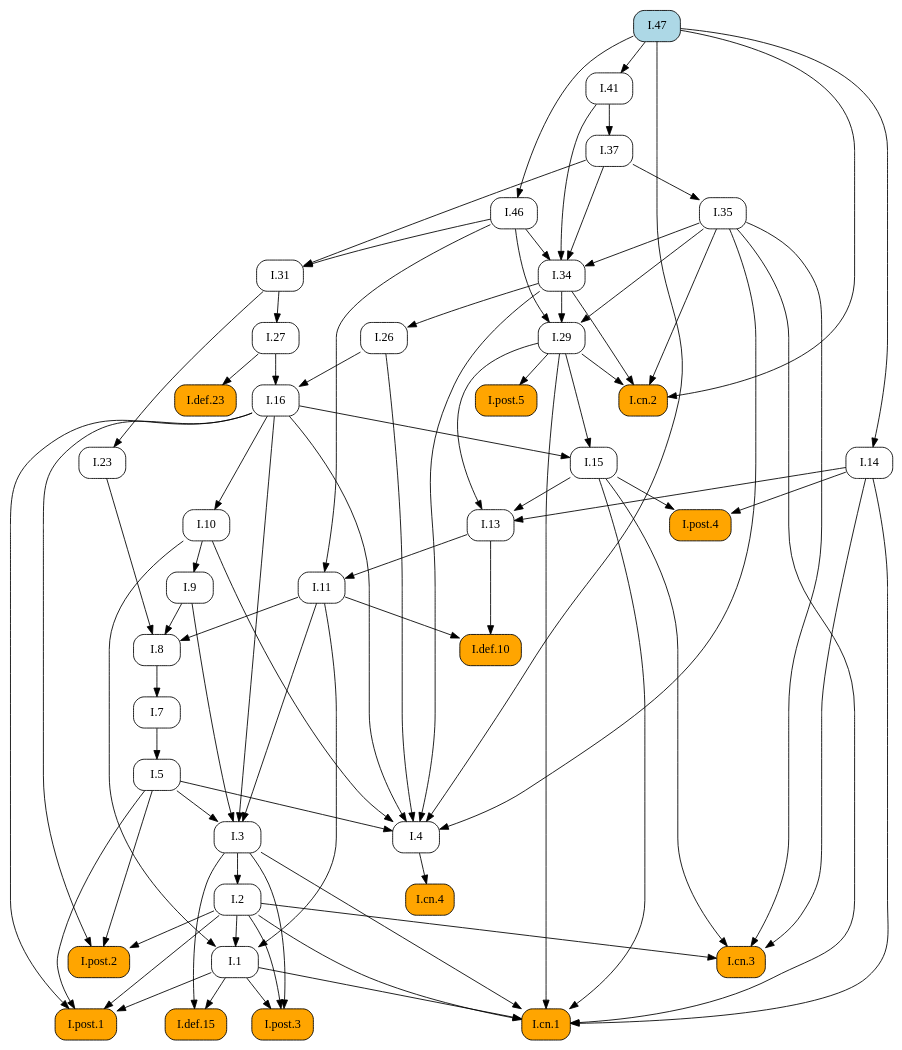
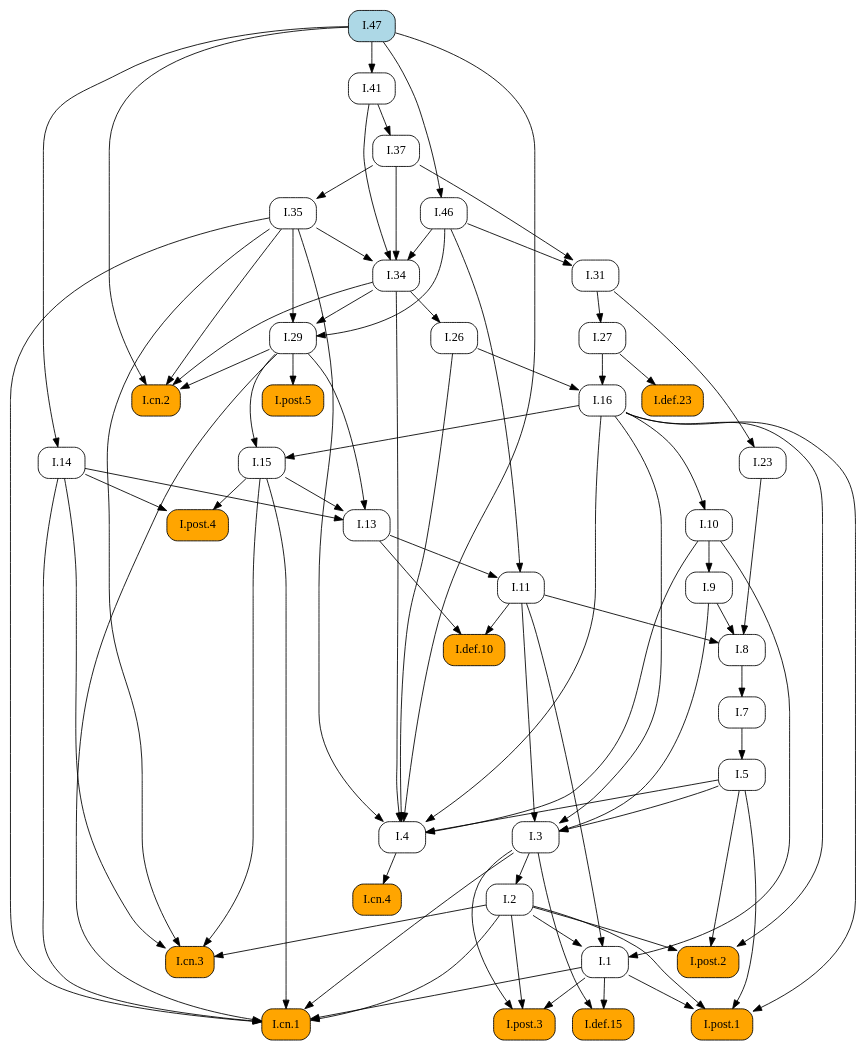
The diagram in docsrc/heath/I/47/index.rst (geometor/elements), drawn with Graphviz before and after one commit. The commit also changed other lines of this file and 484 other files, not shown here.

```diff
--- a/docsrc/heath/I/47/index.rst
+++ b/docsrc/heath/I/47/index.rst
@@ -104,87 +104,60 @@
    digraph {
      rankdir="TB";
      node [shape=box, style=rounded];
+     "I.23" [URL="/heath/I/23/", target="_top"];
+     "I.9" [URL="/heath/I/9/", target="_top"];
+     "I.def.15" [style="rounded,filled", fillcolor=orange, URL="/heath/I/def.15/", target="_top"];
+     "I.47" [style="rounded,filled", fillcolor=lightblue, URL="/heath/I/47/", target="_top"];
+     "I.post.3" [style="rounded,filled", fillcolor=orange, URL="/heath/I/post.3/", target="_top"];
+     "I.post.1" [style="rounded,filled", fillcolor=orange, URL="/heath/I/post.1/", target="_top"];
+     "I.31" [URL="/heath/I/31/", target="_top"];
      "I.def.10" [style="rounded,filled", fillcolor=orange, URL="/heath/I/def.10/", target="_top"];
-     "I.11" [URL="/heath/I/11/", target="_top"];
-     "I.post.4" [style="rounded,filled", fillcolor=orange, URL="/heath/I/post.4/", target="_top"];
-     "I.1" [URL="/heath/I/1/", target="_top"];
-     "I.26" [URL="/heath/I/26/", target="_top"];
-     "I.29" [URL="/heath/I/29/", target="_top"];
-     "I.cn.2" [style="rounded,filled", fillcolor=orange, URL="/heath/I/cn.2/", target="_top"];
-     "I.47" [style="rounded,filled", fillcolor=lightblue, URL="/heath/I/47/", target="_top"];
-     "I.def.15" [style="rounded,filled", fillcolor=orange, URL="/heath/I/def.15/", target="_top"];
-     "I.post.3" [style="rounded,filled", fillcolor=orange, URL="/heath/I/post.3/", target="_top"];
-     "I.cn.1" [style="rounded,filled", fillcolor=orange, URL="/heath/I/cn.1/", target="_top"];
-     "I.cn.3" [style="rounded,filled", fillcolor=orange, URL="/heath/I/cn.3/", target="_top"];
+     "I.27" [URL="/heath/I/27/", target="_top"];
      "I.14" [URL="/heath/I/14/", target="_top"];
-     "I.23" [URL="/heath/I/23/", target="_top"];
-     "I.post.1" [style="rounded,filled", fillcolor=orange, URL="/heath/I/post.1/", target="_top"];
-     "I.35" [URL="/heath/I/35/", target="_top"];
-     "I.41" [URL="/heath/I/41/", target="_top"];
-     "I.27" [URL="/heath/I/27/", target="_top"];
-     "I.46" [URL="/heath/I/46/", target="_top"];
-     "I.37" [URL="/heath/I/37/", target="_top"];
      "I.34" [URL="/heath/I/34/", target="_top"];
      "I.3" [URL="/heath/I/3/", target="_top"];
+     "I.35" [URL="/heath/I/35/", target="_top"];
+     "I.cn.1" [style="rounded,filled", fillcolor=orange, URL="/heath/I/cn.1/", target="_top"];
      "I.7" [URL="/heath/I/7/", target="_top"];
      "I.2" [URL="/heath/I/2/", target="_top"];
+     "I.13" [URL="/heath/I/13/", target="_top"];
+     "I.post.4" [style="rounded,filled", fillcolor=orange, URL="/heath/I/post.4/", target="_top"];
      "I.4" [URL="/heath/I/4/", target="_top"];
+     "I.1" [URL="/heath/I/1/", target="_top"];
+     "I.5" [URL="/heath/I/5/", target="_top"];
+     "I.37" [URL="/heath/I/37/", target="_top"];
+     "I.8" [URL="/heath/I/8/", target="_top"];
+     "I.29" [URL="/heath/I/29/", target="_top"];
+     "I.cn.3" [style="rounded,filled", fillcolor=orange, URL="/heath/I/cn.3/", target="_top"];
+     "I.16" [URL="/heath/I/16/", target="_top"];
+     "I.15" [URL="/heath/I/15/", target="_top"];
+     "I.10" [URL="/heath/I/10/", target="_top"];
+     "I.11" [URL="/heath/I/11/", target="_top"];
      "I.def.23" [style="rounded,filled", fillcolor=orange, URL="/heath/I/def.23/", target="_top"];
-     "I.13" [URL="/heath/I/13/", target="_top"];
-     "I.31" [URL="/heath/I/31/", target="_top"];
+     "I.cn.2" [style="rounded,filled", fillcolor=orange, URL="/heath/I/cn.2/", target="_top"];
+     "I.post.5" [style="rounded,filled", fillcolor=orange, URL="/heath/I/post.5/", target="_top"];
+     "I.cn.4" [style="rounded,filled", fillcolor=orange, URL="/heath/I/cn.4/", target="_top"];
+     "I.41" [URL="/heath/I/41/", target="_top"];
      "I.post.2" [style="rounded,filled", fillcolor=orange, URL="/heath/I/post.2/", target="_top"];
-     "I.16" [URL="/heath/I/16/", target="_top"];
-     "I.9" [URL="/heath/I/9/", target="_top"];
-     "I.8" [URL="/heath/I/8/", target="_top"];
-     "I.cn.4" [style="rounded,filled", fillcolor=orange, URL="/heath/I/cn.4/", target="_top"];
-     "I.15" [URL="/heath/I/15/", target="_top"];
-     "I.post.5" [style="rounded,filled", fillcolor=orange, URL="/heath/I/post.5/", target="_top"];
-     "I.10" [URL="/heath/I/10/", target="_top"];
-     "I.5" [URL="/heath/I/5/", target="_top"];
-     "I.11" -> "I.def.10";
-     "I.13" -> "I.def.10";
-     "I.13" -> "I.11";
-     "I.46" -> "I.11";
-     "I.14" -> "I.post.4";
-     "I.15" -> "I.post.4";
-     "I.2" -> "I.1";
-     "I.10" -> "I.1";
-     "I.11" -> "I.1";
-     "I.34" -> "I.26";
-     "I.34" -> "I.29";
-     "I.35" -> "I.29";
-     "I.46" -> "I.29";
-     "I.29" -> "I.cn.2";
-     "I.34" -> "I.cn.2";
-     "I.35" -> "I.cn.2";
-     "I.47" -> "I.cn.2";
+     "I.46" [URL="/heath/I/46/", target="_top"];
+     "I.26" [URL="/heath/I/26/", target="_top"];
+     "I.31" -> "I.23";
+     "I.10" -> "I.9";
      "I.1" -> "I.def.15";
      "I.3" -> "I.def.15";
      "I.1" -> "I.post.3";
      "I.2" -> "I.post.3";
      "I.3" -> "I.post.3";
-     "I.1" -> "I.cn.1";
-     "I.2" -> "I.cn.1";
-     "I.3" -> "I.cn.1";
-     "I.14" -> "I.cn.1";
-     "I.15" -> "I.cn.1";
-     "I.29" -> "I.cn.1";
-     "I.35" -> "I.cn.1";
-     "I.2" -> "I.cn.3";
-     "I.14" -> "I.cn.3";
-     "I.15" -> "I.cn.3";
-     "I.35" -> "I.cn.3";
-     "I.47" -> "I.14";
-     "I.31" -> "I.23";
      "I.1" -> "I.post.1";
      "I.2" -> "I.post.1";
      "I.5" -> "I.post.1";
      "I.16" -> "I.post.1";
-     "I.37" -> "I.35";
-     "I.47" -> "I.41";
+     "I.37" -> "I.31";
+     "I.46" -> "I.31";
+     "I.11" -> "I.def.10";
+     "I.13" -> "I.def.10";
      "I.31" -> "I.27";
-     "I.47" -> "I.46";
-     "I.41" -> "I.37";
+     "I.47" -> "I.14";
      "I.35" -> "I.34";
      "I.37" -> "I.34";
      "I.41" -> "I.34";
@@ -193,8 +166,21 @@
      "I.9" -> "I.3";
      "I.11" -> "I.3";
      "I.16" -> "I.3";
+     "I.37" -> "I.35";
+     "I.1" -> "I.cn.1";
+     "I.2" -> "I.cn.1";
+     "I.3" -> "I.cn.1";
+     "I.14" -> "I.cn.1";
+     "I.15" -> "I.cn.1";
+     "I.29" -> "I.cn.1";
+     "I.35" -> "I.cn.1";
      "I.8" -> "I.7";
      "I.3" -> "I.2";
+     "I.14" -> "I.13";
+     "I.15" -> "I.13";
+     "I.29" -> "I.13";
+     "I.14" -> "I.post.4";
+     "I.15" -> "I.post.4";
      "I.5" -> "I.4";
      "I.10" -> "I.4";
      "I.16" -> "I.4";
@@ -202,25 +188,39 @@
      "I.34" -> "I.4";
      "I.35" -> "I.4";
      "I.47" -> "I.4";
+     "I.2" -> "I.1";
+     "I.10" -> "I.1";
+     "I.11" -> "I.1";
+     "I.7" -> "I.5";
+     "I.41" -> "I.37";
+     "I.9" -> "I.8";
+     "I.11" -> "I.8";
+     "I.23" -> "I.8";
+     "I.34" -> "I.29";
+     "I.35" -> "I.29";
+     "I.46" -> "I.29";
+     "I.2" -> "I.cn.3";
+     "I.14" -> "I.cn.3";
+     "I.15" -> "I.cn.3";
+     "I.35" -> "I.cn.3";
+     "I.26" -> "I.16";
+     "I.27" -> "I.16";
+     "I.16" -> "I.15";
+     "I.29" -> "I.15";
+     "I.16" -> "I.10";
+     "I.13" -> "I.11";
+     "I.46" -> "I.11";
      "I.27" -> "I.def.23";
-     "I.14" -> "I.13";
-     "I.15" -> "I.13";
-     "I.29" -> "I.13";
-     "I.37" -> "I.31";
-     "I.46" -> "I.31";
+     "I.29" -> "I.cn.2";
+     "I.34" -> "I.cn.2";
+     "I.35" -> "I.cn.2";
+     "I.47" -> "I.cn.2";
+     "I.29" -> "I.post.5";
+     "I.4" -> "I.cn.4";
+     "I.47" -> "I.41";
      "I.2" -> "I.post.2";
      "I.5" -> "I.post.2";
      "I.16" -> "I.post.2";
-     "I.26" -> "I.16";
-     "I.27" -> "I.16";
-     "I.10" -> "I.9";
-     "I.9" -> "I.8";
-     "I.11" -> "I.8";
-     "I.23" -> "I.8";
-     "I.4" -> "I.cn.4";
-     "I.16" -> "I.15";
-     "I.29" -> "I.15";
-     "I.29" -> "I.post.5";
-     "I.16" -> "I.10";
-     "I.7" -> "I.5";
+     "I.47" -> "I.46";
+     "I.34" -> "I.26";
    }
```
